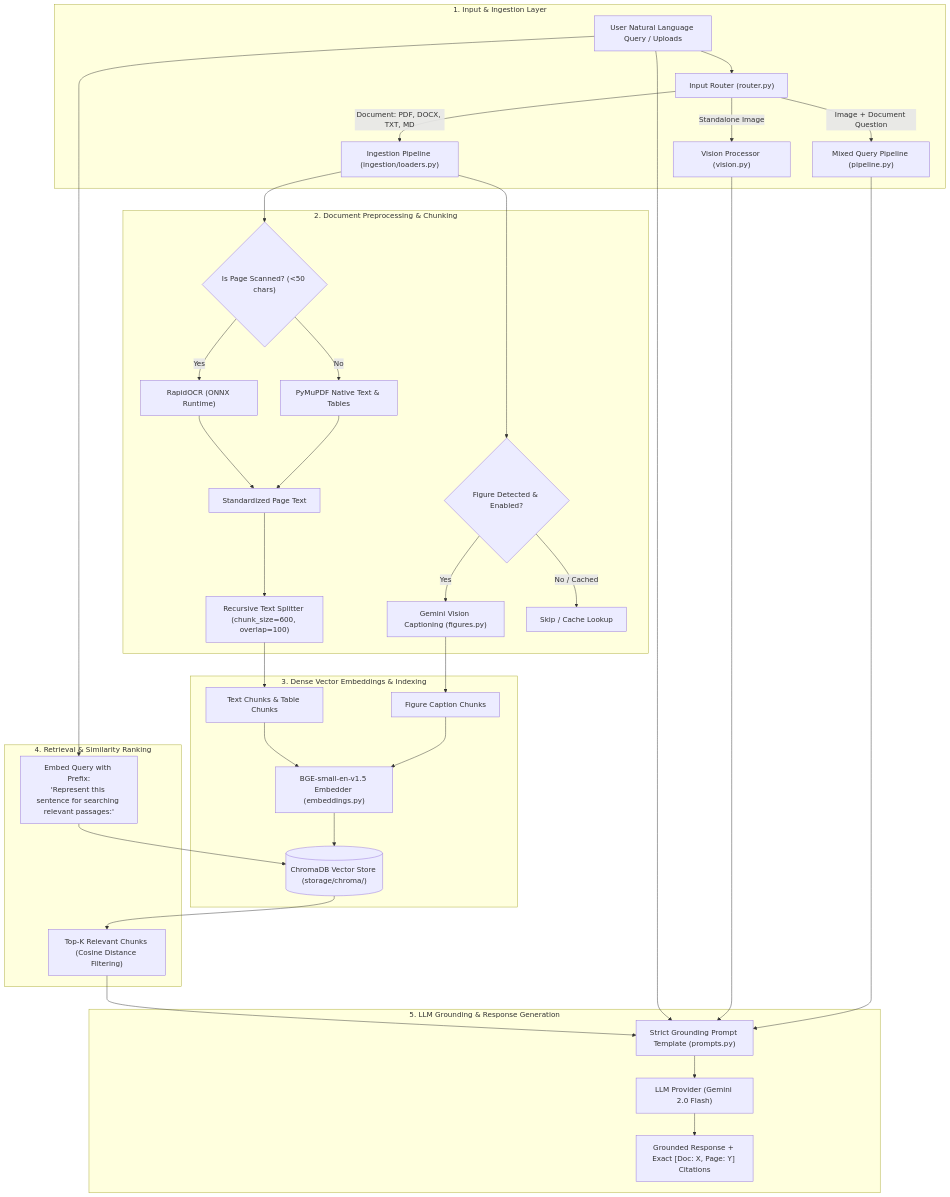
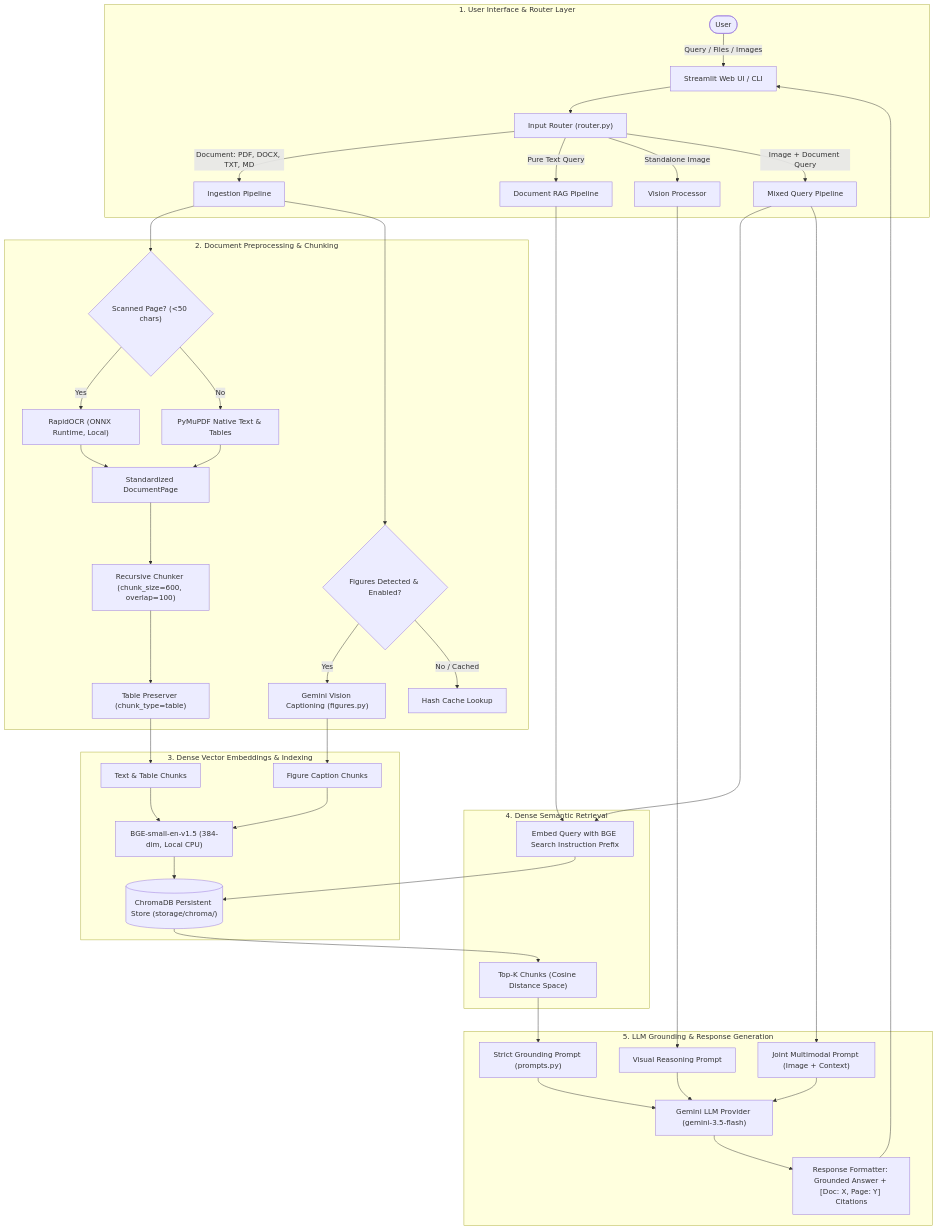
Before and after one commit to yashsharma1388/clgproject: the diagram in docs/ARCHITECTURE.md, drawn with Mermaid. The commit also changed other lines of this file and 6 other files, not shown here.

````diff
--- a/docs/ARCHITECTURE.md
+++ b/docs/ARCHITECTURE.md
@@ -13,43 +14,50 @@
 ```mermaid
 flowchart TD
-    subgraph INPUT_LAYER["1. Input & Ingestion Layer"]
-        UserInput["User Natural Language Query / Uploads"] --> Router["Input Router (router.py)"]
-        Router -->|Document: PDF, DOCX, TXT, MD| DocPipeline["Ingestion Pipeline (ingestion/loaders.py)"]
-        Router -->|Standalone Image| VisionPipeline["Vision Processor (vision.py)"]
-        Router -->|Image + Document Question| MixedPipeline["Mixed Query Pipeline (pipeline.py)"]
+    subgraph UI_LAYER["1. User Interface & Router Layer"]
+        User(["User"]) -->|Query / Files / Images| UI["Streamlit Web UI / CLI"]
+        UI --> Router["Input Router (router.py)"]
+        Router -->|Document: PDF, DOCX, TXT, MD| DocPipeline["Ingestion Pipeline"]
+        Router -->|Pure Text Query| RetrievePipeline["Document RAG Pipeline"]
+        Router -->|Standalone Image| VisionPipeline["Vision Processor"]
+        Router -->|Image + Document Query| MixedPipeline["Mixed Query Pipeline"]
     end
 
-    subgraph PROCESSING_LAYER["2. Document Preprocessing & Chunking"]
-        DocPipeline --> CheckScanned{"Is Page Scanned? (<50 chars)"}
-        CheckScanned -->|Yes| RapidOCR["RapidOCR (ONNX Runtime)"]
+    subgraph INGEST_LAYER["2. Document Preprocessing & Chunking"]
+        DocPipeline --> CheckScanned{"Scanned Page? (<50 chars)"}
+        CheckScanned -->|Yes| RapidOCR["RapidOCR (ONNX Runtime, Local)"]
         CheckScanned -->|No| TextExtract["PyMuPDF Native Text & Tables"]
-        RapidOCR --> Standardize["Standardized Page Text"]
+        RapidOCR --> Standardize["Standardized DocumentPage"]
         TextExtract --> Standardize
-        Standardize --> RecursiveChunker["Recursive Text Splitter (chunk_size=600, overlap=100)"]
-        DocPipeline --> FigureDetector{"Figure Detected & Enabled?"}
+        Standardize --> Chunker["Recursive Chunker (chunk_size=600, overlap=100)"]
+        Chunker --> TablePreserve["Table Preserver (chunk_type=table)"]
+        DocPipeline --> FigureDetector{"Figures Detected & Enabled?"}
         FigureDetector -->|Yes| FigureCaptioner["Gemini Vision Captioning (figures.py)"]
-        FigureDetector -->|No / Cached| SkipFigure["Skip / Cache Lookup"]
+        FigureDetector -->|No / Cached| SkipFigure["Hash Cache Lookup"]
     end
 
     subgraph VECTOR_LAYER["3. Dense Vector Embeddings & Indexing"]
-        RecursiveChunker --> Chunks["Text Chunks & Table Chunks"]
+        TablePreserve --> TextChunks["Text & Table Chunks"]
         FigureCaptioner --> CaptionChunks["Figure Caption Chunks"]
-        Chunks & CaptionChunks --> BGE["BGE-small-en-v1.5 Embedder (embeddings.py)"]
-        BGE --> ChromaDB[("ChromaDB Vector Store (storage/chroma/)")]
+        TextChunks & CaptionChunks --> BGE["BGE-small-en-v1.5 (384-dim, Local CPU)"]
+        BGE --> ChromaDB[("ChromaDB Persistent Store (storage/chroma/)")]
     end
 
-    subgraph RETRIEVAL_LAYER["4. Retrieval & Similarity Ranking"]
-        UserInput --> QueryEmbedding["Embed Query with Prefix:\n'Represent this sentence for searching relevant passages:'"]
+    subgraph RETRIEVAL_LAYER["4. Dense Semantic Retrieval"]
+        RetrievePipeline & MixedPipeline --> QueryEmbedding["Embed Query with BGE Search Instruction Prefix"]
         QueryEmbedding --> ChromaDB
-        ChromaDB --> TopK["Top-K Relevant Chunks (Cosine Distance Filtering)"]
+        ChromaDB --> TopK["Top-K Chunks (Cosine Distance Space)"]
     end
 
     subgraph REASONING_LAYER["5. LLM Grounding & Response Generation"]
-        TopK --> PromptAssembler["Strict Grounding Prompt Template (prompts.py)"]
-        UserInput --> PromptAssembler
-        VisionPipeline --> PromptAssembler
-        MixedPipeline --> PromptAssembler
-        PromptAssembler --> LLM["LLM Provider (Gemini 2.0 Flash)"]
-        LLM --> GroundedResponse["Grounded Response + Exact [Doc: X, Page: Y] Citations"]
+        TopK --> RAGPrompt["Strict Grounding Prompt (prompts.py)"]
+        MixedPipeline --> MixedPrompt["Joint Multimodal Prompt (Image + Context)"]
+        VisionPipeline --> VisionPrompt["Visual Reasoning Prompt"]
+        
+        RAGPrompt --> Gemini["Gemini LLM Provider (gemini-3.5-flash)"]
+        MixedPrompt --> Gemini
+        VisionPrompt --> Gemini
+        
+        Gemini --> Formatter["Response Formatter: Grounded Answer + [Doc: X, Page: Y] Citations"]
+        Formatter --> UI
     end
 ```
````
